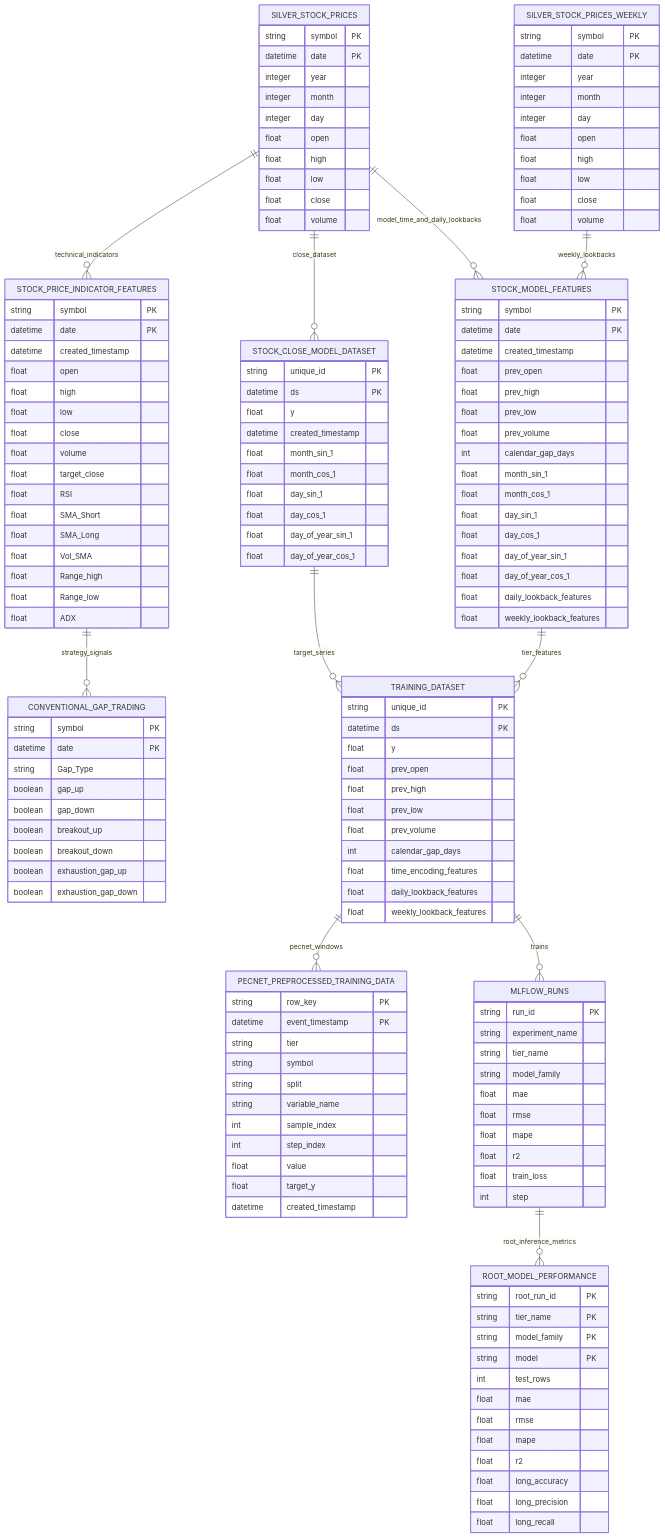
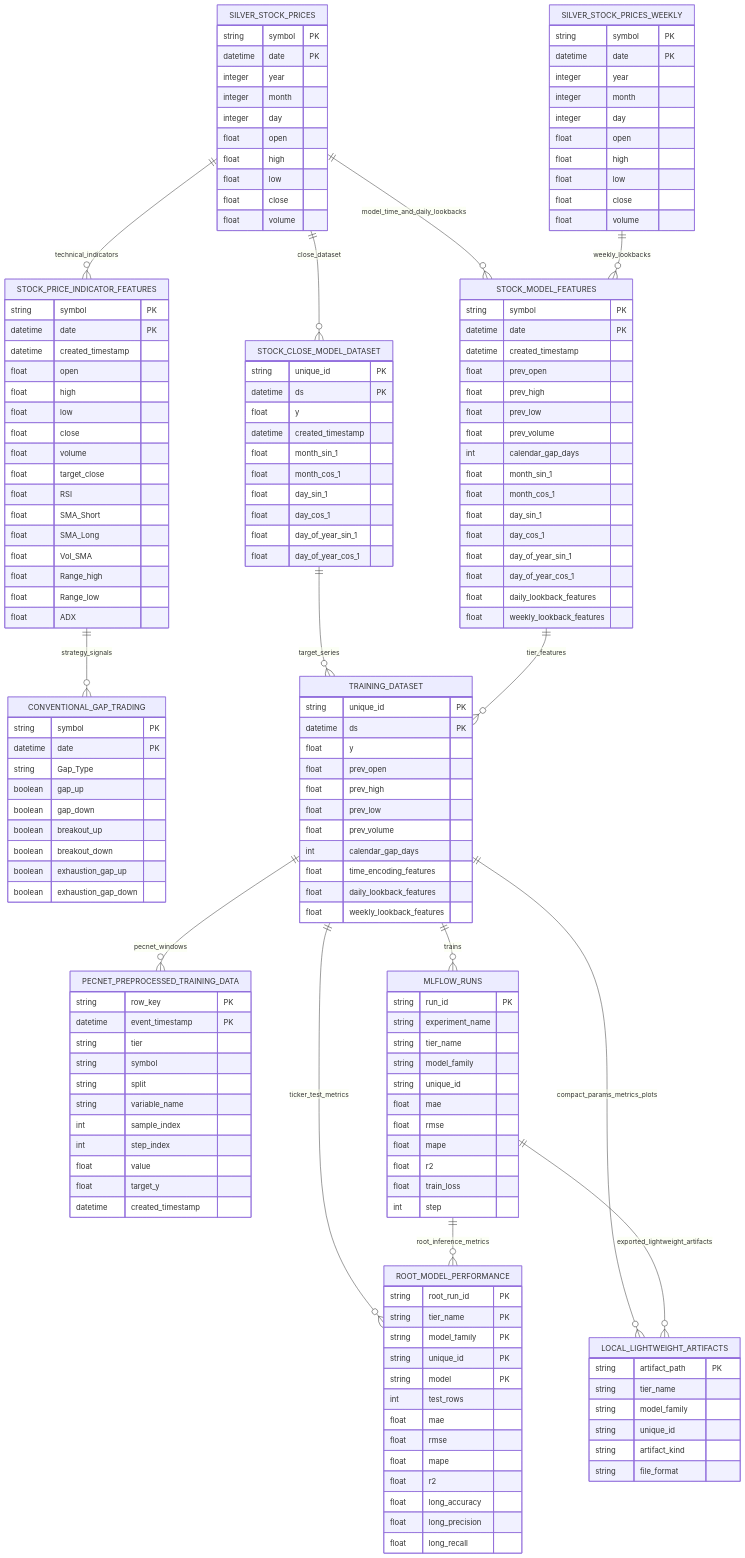
One commit to Batuhansaylam26/algo_trading changed the second of 2 diagrams in docs/stock_close_oop_and_data_diagrams.md. Above: the diagram before and after it, drawn with Mermaid. The commit also changed other lines of this file and 453 other files, not shown here.

````diff
--- a/docs/stock_close_oop_and_data_diagrams.md
+++ b/docs/stock_close_oop_and_data_diagrams.md
@@ -300,6 +391,7 @@
         string experiment_name
         string tier_name
         string model_family
+        string unique_id
         float mae
         float rmse
         float mape
@@ -308,10 +400,20 @@
         int step
     }
 
+    LOCAL_LIGHTWEIGHT_ARTIFACTS {
+        string artifact_path PK
+        string tier_name
+        string model_family
+        string unique_id
+        string artifact_kind
+        string file_format
+    }
+
     ROOT_MODEL_PERFORMANCE {
         string root_run_id PK
         string tier_name PK
         string model_family PK
+        string unique_id PK
         string model PK
         int test_rows
         float mae
@@ -332,5 +434,8 @@
     STOCK_MODEL_FEATURES ||--o{ TRAINING_DATASET : tier_features
     TRAINING_DATASET ||--o{ PECNET_PREPROCESSED_TRAINING_DATA : pecnet_windows
     TRAINING_DATASET ||--o{ MLFLOW_RUNS : trains
+    TRAINING_DATASET ||--o{ LOCAL_LIGHTWEIGHT_ARTIFACTS : compact_params_metrics_plots
+    TRAINING_DATASET ||--o{ ROOT_MODEL_PERFORMANCE : ticker_test_metrics
     MLFLOW_RUNS ||--o{ ROOT_MODEL_PERFORMANCE : root_inference_metrics
+    MLFLOW_RUNS ||--o{ LOCAL_LIGHTWEIGHT_ARTIFACTS : exported_lightweight_artifacts
 ```
````
